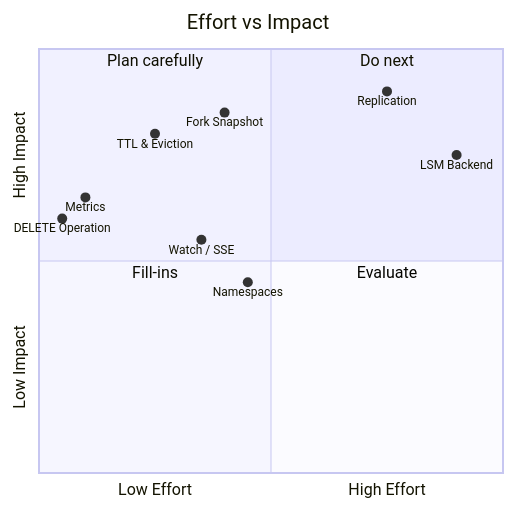
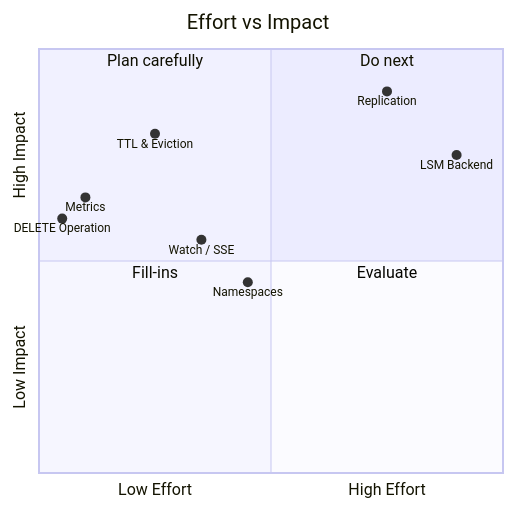
The tenth of 11 diagrams in ROADMAP.md (ksysoev/mimir), drawn with Mermaid before and after one commit. The commit also changed other lines of this file, not shown here.

First line of the commit message:
docs: remove Fork-Based Consistent Snapshot from roadmap

````diff
--- a/ROADMAP.md
+++ b/ROADMAP.md
@@ -495,18 +394,17 @@
 ```mermaid
 quadrantChart
     title Effort vs Impact
     x-axis Low Effort --> High Effort
     y-axis Low Impact --> High Impact
     quadrant-1 "Do next"
     quadrant-2 "Plan carefully"
     quadrant-3 "Fill-ins"
     quadrant-4 "Evaluate"
     DELETE Operation: [0.05, 0.60]
     TTL & Eviction: [0.25, 0.80]
-    Fork Snapshot: [0.40, 0.85]
     Metrics: [0.10, 0.65]
     Watch / SSE: [0.35, 0.55]
     Namespaces: [0.45, 0.45]
     Replication: [0.75, 0.90]
     LSM Backend: [0.90, 0.75]
 ```
````
